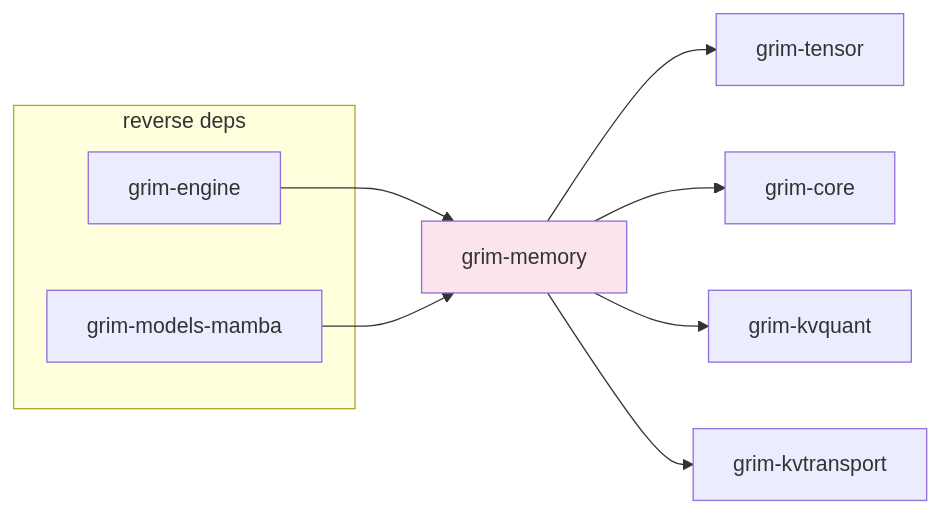
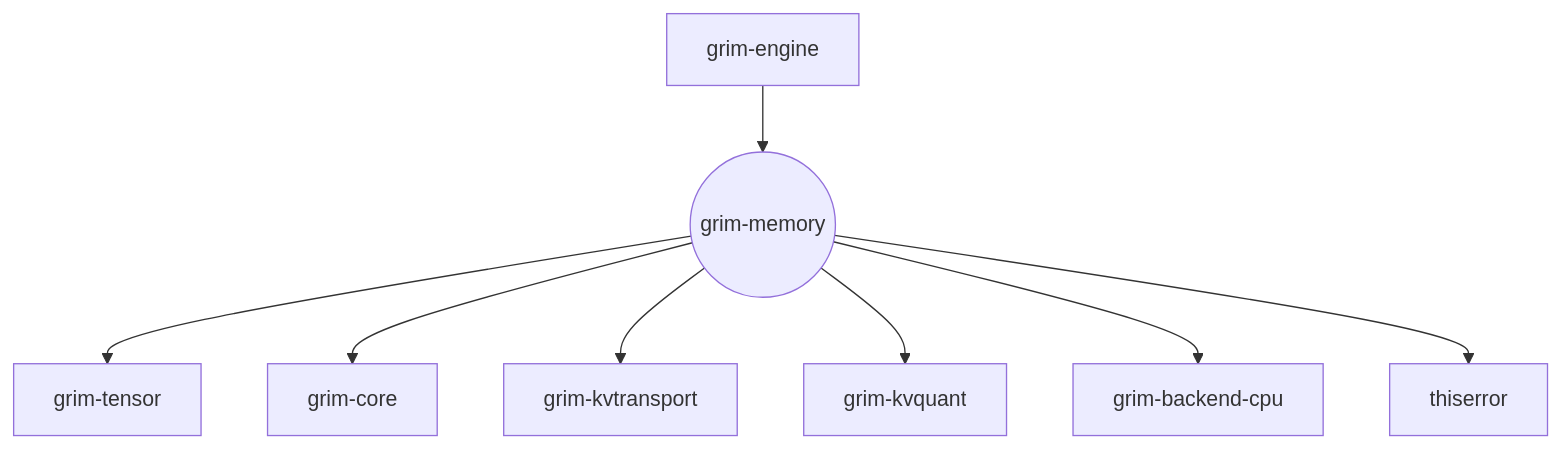
One commit to sydonayrex/grim changed the diagram in crates/grim-memory/README.md. Above: the diagram before and after it, drawn with Mermaid. The commit also changed other lines of this file and 53 other files, not shown here.

````diff
--- a/crates/grim-memory/README.md
+++ b/crates/grim-memory/README.md
@@ -17,17 +10,16 @@
 ```mermaid
-graph LR
-    A[grim-memory] --> B[grim-tensor]
-    A --> C[grim-core]
-    A --> D[grim-kvquant]
-    A --> E[grim-kvtransport]
+graph TD
+    %% Focal Node
+    grim-memory(("grim-memory"))
 
-    subgraph "reverse deps"
-        F1[grim-engine]
-        F2[grim-models-mamba]
-    end
+    %% Workspace Dependencies
+    grim-memory --> grim-tensor
+    grim-memory --> grim-core
+    grim-memory --> grim-kvtransport
+    grim-memory --> grim-kvquant
+    grim-memory --> grim-backend-cpu
+    grim-memory --> thiserror
 
-    F1 --> A
-    F2 --> A
-
-    style A fill:#fce4ec
+    %% Reverse Workspace Dependents
+    grim-engine --> grim-memory
 ```
````
